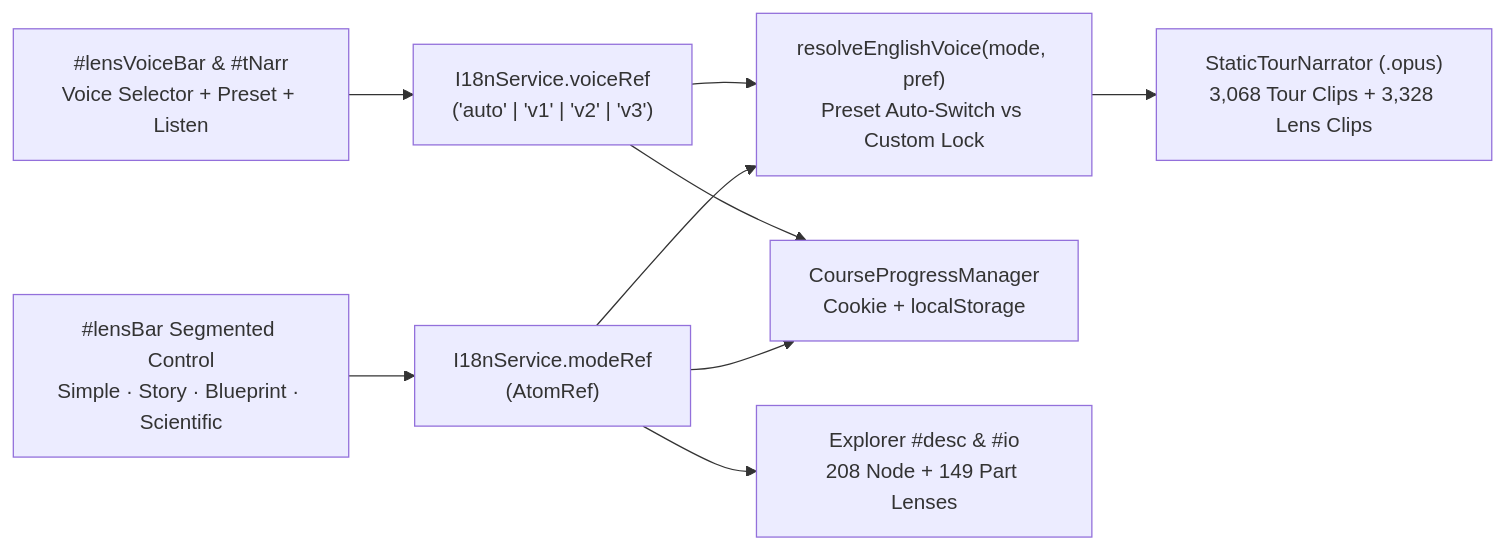
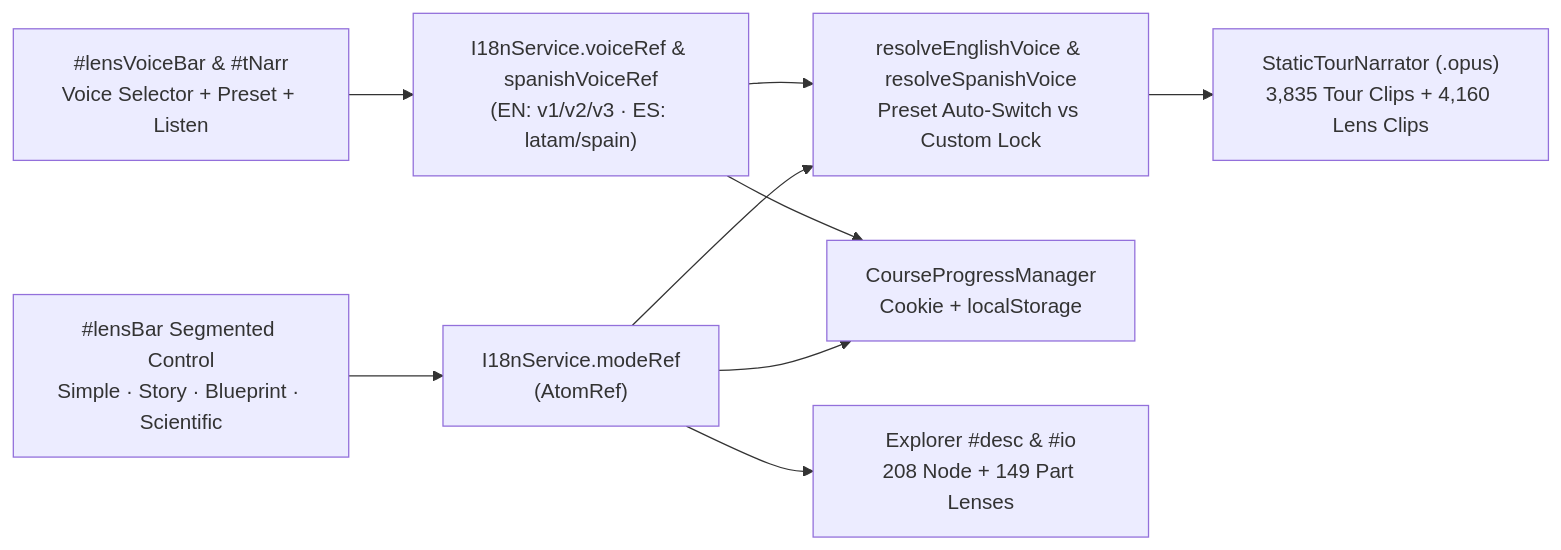
The diagram in roadmap/05-multi-mode-lenses-and-connected-stories.md (bexonia/learn-biology), drawn with Mermaid before and after one commit. The commit also changed other lines of this file and 33 other files, not shown here.

First line of the commit message:
feat(narration): add dual Spanish studio voices (LatAm & Spain) via F5-Spanish (#19)

````diff
--- a/roadmap/05-multi-mode-lenses-and-connected-stories.md
+++ b/roadmap/05-multi-mode-lenses-and-connected-stories.md
@@ -40,11 +41,11 @@
 ```mermaid
 flowchart LR
   Bar["#lensBar Segmented Control\nSimple · Story · Blueprint · Scientific"] --> ModeRef["I18nService.modeRef\n(AtomRef<ExplanationMode>)"]
-  VBar["#lensVoiceBar & #tNarr\nVoice Selector + Preset + Listen"] --> VoiceRef["I18nService.voiceRef\n('auto' | 'v1' | 'v2' | 'v3')"]
-  ModeRef --> Resolve["resolveEnglishVoice(mode, pref)\nPreset Auto-Switch vs Custom Lock"]
+  VBar["#lensVoiceBar & #tNarr\nVoice Selector + Preset + Listen"] --> VoiceRef["I18nService.voiceRef & spanishVoiceRef\n(EN: v1/v2/v3 · ES: latam/spain)"]
+  ModeRef --> Resolve["resolveEnglishVoice & resolveSpanishVoice\nPreset Auto-Switch vs Custom Lock"]
   VoiceRef --> Resolve
-  Resolve --> Narrator["StaticTourNarrator (.opus)\n3,068 Tour Clips + 3,328 Lens Clips"]
+  Resolve --> Narrator["StaticTourNarrator (.opus)\n3,835 Tour Clips + 4,160 Lens Clips"]
   ModeRef --> Persist["CourseProgressManager\nCookie + localStorage"]
   VoiceRef --> Persist
   ModeRef --> ExplorerDesc["Explorer #desc & #io\n208 Node + 149 Part Lenses"]
 ```
````
